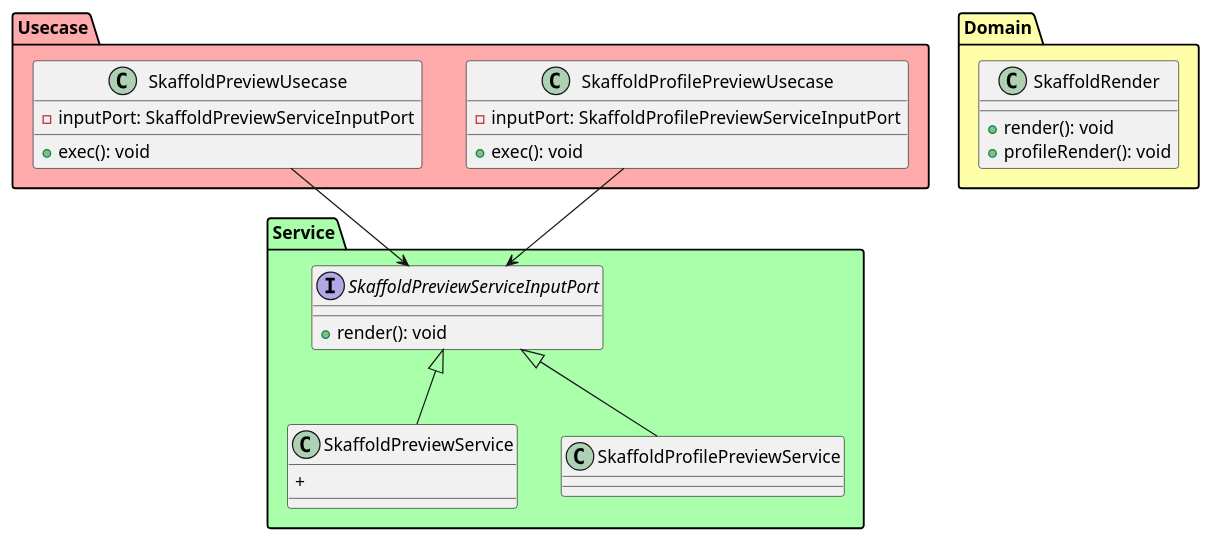
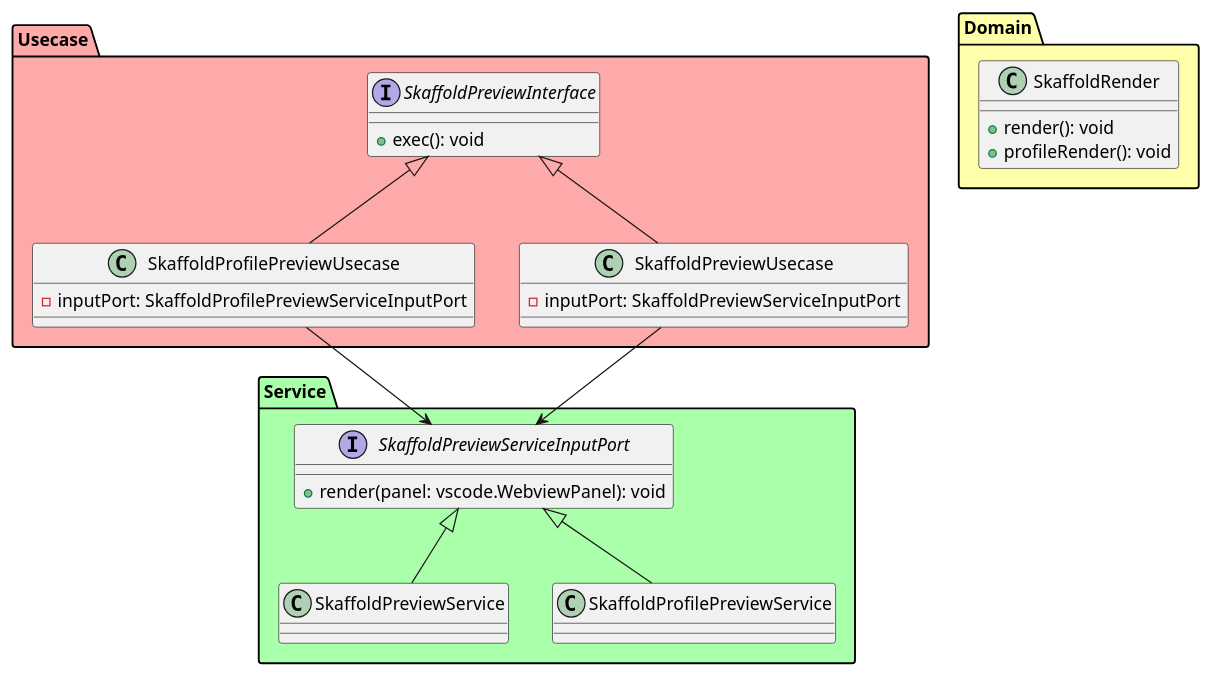
The diagram in docs/class.pu (maaaashi/skaffold-preview), drawn with PlantUML before and after one commit. The commit also changed 9 other files, not shown here.

```diff
--- a/docs/class.pu
+++ b/docs/class.pu
@@ -1,42 +1,47 @@
 @startuml
 
 package Usecase #FFAAAA {
+  interface SkaffoldPreviewInterface {
+    + exec(): void
+  }
+
   class SkaffoldPreviewUsecase {
     - inputPort: SkaffoldPreviewServiceInputPort
-    + exec(): void
   }
 
   class SkaffoldProfilePreviewUsecase {
     - inputPort: SkaffoldProfilePreviewServiceInputPort
-    + exec(): void
   }
+
+  SkaffoldPreviewInterface <|-down- SkaffoldPreviewUsecase
+  SkaffoldPreviewInterface <|-down- SkaffoldProfilePreviewUsecase
 }
 
 package Service #AAFFAA {
   interface SkaffoldPreviewServiceInputPort {
-    + render(): void
+    + render(panel: vscode.WebviewPanel): void
   }
 
   class SkaffoldPreviewService {
-    +
   }
 
   SkaffoldPreviewServiceInputPort <-up- SkaffoldPreviewUsecase
   SkaffoldPreviewServiceInputPort <|-down- SkaffoldPreviewService
 
   class SkaffoldProfilePreviewService {
 
   }
 
   SkaffoldPreviewServiceInputPort <-up- SkaffoldProfilePreviewUsecase
   SkaffoldPreviewServiceInputPort <|-down- SkaffoldProfilePreviewService
 }
 
 package Domain #FFFFAA {
   class SkaffoldRender {
     + render(): void
     + profileRender(): void
   }
+
 }
 
 @enduml
```
